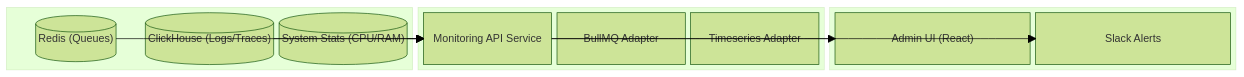
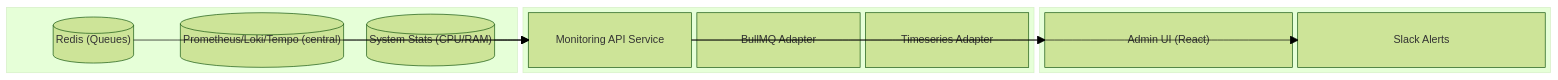
One commit to neacisu/cerniq_app_v0.0.1 changed the diagram in docs/specifications/Etapa 0/etapa0-monitoring-api-spec.md. Above: the diagram before and after it, drawn with Mermaid (forest theme). The commit also changed other lines of this file and 158 other files, not shown here.

````diff
--- a/docs/specifications/Etapa 0/etapa0-monitoring-api-spec.md
+++ b/docs/specifications/Etapa 0/etapa0-monitoring-api-spec.md
@@ -34,28 +34,28 @@
 ```mermaid
 block-beta
   columns 3
   
   block:Sources
     Redis[("Redis (Queues)")]
-    ClickHouse[("ClickHouse (Logs/Traces)")]
+    Observability[("Prometheus/Loki/Tempo (central)")]
     System[("System Stats (CPU/RAM)")]
   end
   
   block:Middleware
     MonAPI["Monitoring API Service"]
     BullAdapter["BullMQ Adapter"]
     TSAdapter["Timeseries Adapter"]
   end
   
   block:Consumers
     AdminUI["Admin UI (React)"]
     Alerts["Slack Alerts"]
   end
 
   Redis --> MonAPI
-  ClickHouse --> MonAPI
+  Observability --> MonAPI
   System --> MonAPI
   
   MonAPI --> AdminUI
   MonAPI --> Alerts
 ```
````
